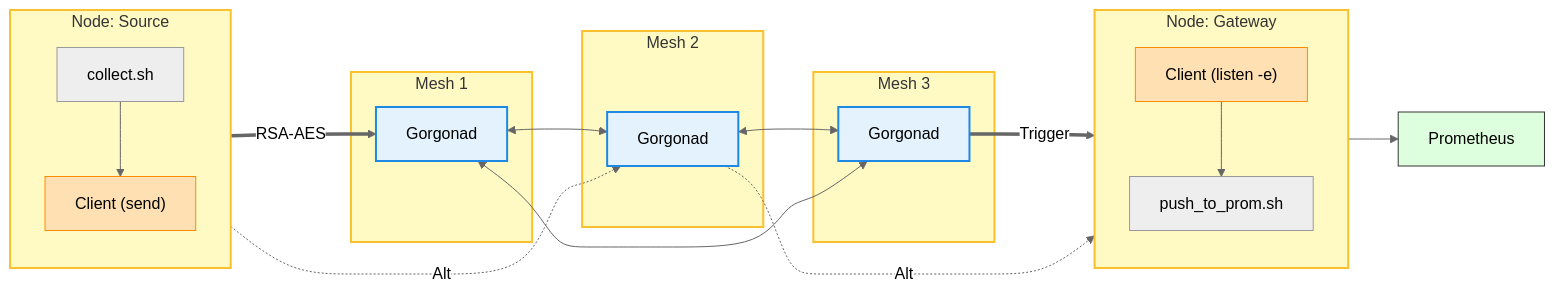
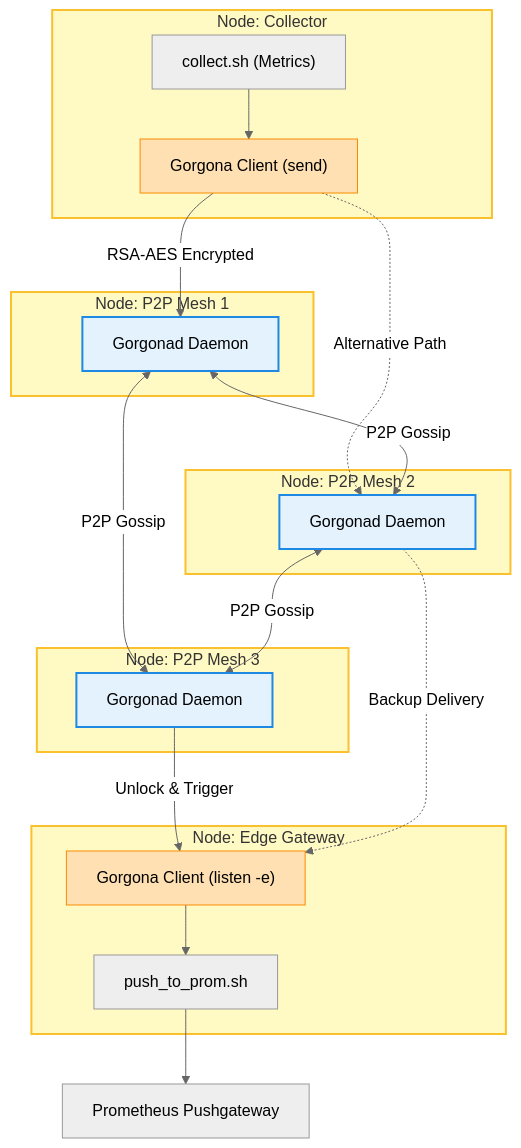
The diagram in plugins/prom_push/readme.md (psqlmaster/gorgona), drawn with Mermaid (neutral theme) before and after one commit.

Commit message:
docs(prom_push): add redundant paths to architecture diagram to highlight P2P resilience

````diff
--- a/plugins/prom_push/readme.md
+++ b/plugins/prom_push/readme.md
@@ -38,56 +38,59 @@
 ```mermaid
-graph LR
-    %% Source Node
-    subgraph S ["Node: Source"]
-        direction TB
-        A_Coll["collect.sh"] --> A_Cli["Client (send)"]
+graph TD
+    %% Node: Source
+    subgraph Node_Source [Node: Collector]
+        A_Coll["collect.sh (Metrics)"]
+        A_Cli["Gorgona Client (send)"]
+        A_Coll --> A_Cli
     end
 
-    %% Mesh Triangle (arranged to stay compact horizontally)
-    subgraph M1 ["Mesh 1"]
-        D1["Gorgonad"]
-    end
-    subgraph M2 ["Mesh 2"]
-        D2["Gorgonad"]
-    end
-    subgraph M3 ["Mesh 3"]
-        D3["Gorgonad"]
+    %% Mesh Triangle Nodes
+    subgraph Node_P2P_1 [Node: P2P Mesh 1]
+        D1["Gorgonad Daemon"]
     end
 
-    %% Gateway Node
-    subgraph G ["Node: Gateway"]
-        direction TB
-        C_Cli["Client (listen -e)"] --> C_Push["push_to_prom.sh"]
+    subgraph Node_P2P_2 [Node: P2P Mesh 2]
+        D2["Gorgonad Daemon"]
     end
 
-    %% Flow: Source to Mesh
-    A_Cli ==>|RSA-AES| D1
-    A_Cli -.->|Alt| D2
+    subgraph Node_P2P_3 [Node: P2P Mesh 3]
+        D3["Gorgonad Daemon"]
+    end
 
-    %% Mesh Triangle Connections
-    D1 <--> D2
-    D2 <--> D3
-    D3 <--> D1
+    %% Node: Gateway
+    subgraph Node_Gateway [Node: Edge Gateway]
+        C_Cli["Gorgona Client (listen -e)"]
+        C_Push["push_to_prom.sh"]
+        C_Cli --> C_Push
+    end
 
-    %% Flow: Mesh to Gateway
-    D3 ==>|Trigger| C_Cli
-    D2 -.->|Alt| C_Cli
+    %% Vertical Data Flow
+    A_Cli -->|RSA-AES Encrypted| D1
+    A_Cli -.->|Alternative Path| D2
+
+    %% Triangle Mesh Connections
+    D1 <-->|P2P Gossip| D2
+    D1 <-->|P2P Gossip| D3
+    D2 <-->|P2P Gossip| D3
+
+    %% Downward Flow to Gateway
+    D3 -->|Unlock & Trigger| C_Cli
+    D2 -.->|Backup Delivery| C_Cli
 
     %% External
-    C_Push --> Prom["Prometheus"]
+    C_Push --> Prom[Prometheus Pushgateway]
 
-    %% Styles: Nodes (Yellow)
-    style S fill:#fff9c4,stroke:#fbc02d,stroke-width:2px
-    style M1 fill:#fff9c4,stroke:#fbc02d,stroke-width:2px
-    style M2 fill:#fff9c4,stroke:#fbc02d,stroke-width:2px
-    style M3 fill:#fff9c4,stroke:#fbc02d,stroke-width:2px
-    style G fill:#fff9c4,stroke:#fbc02d,stroke-width:2px
+    %% Styling Nodes (Yellow Blocks)
+    style Node_Source fill:#fff9c4,stroke:#fbc02d,stroke-width:2px
+    style Node_P2P_1 fill:#fff9c4,stroke:#fbc02d,stroke-width:2px
+    style Node_P2P_2 fill:#fff9c4,stroke:#fbc02d,stroke-width:2px
+    style Node_P2P_3 fill:#fff9c4,stroke:#fbc02d,stroke-width:2px
+    style Node_Gateway fill:#fff9c4,stroke:#fbc02d,stroke-width:2px
 
-    %% Styles: Components
+    %% Styling Components
     style A_Cli fill:#ffe0b2,stroke:#fb8c00
     style C_Cli fill:#ffe0b2,stroke:#fb8c00
     style D1 fill:#e3f2fd,stroke:#1e88e5,stroke-width:2px
     style D2 fill:#e3f2fd,stroke:#1e88e5,stroke-width:2px
     style D3 fill:#e3f2fd,stroke:#1e88e5,stroke-width:2px
-    style Prom fill:#dfd,stroke:#333
 ```
````
